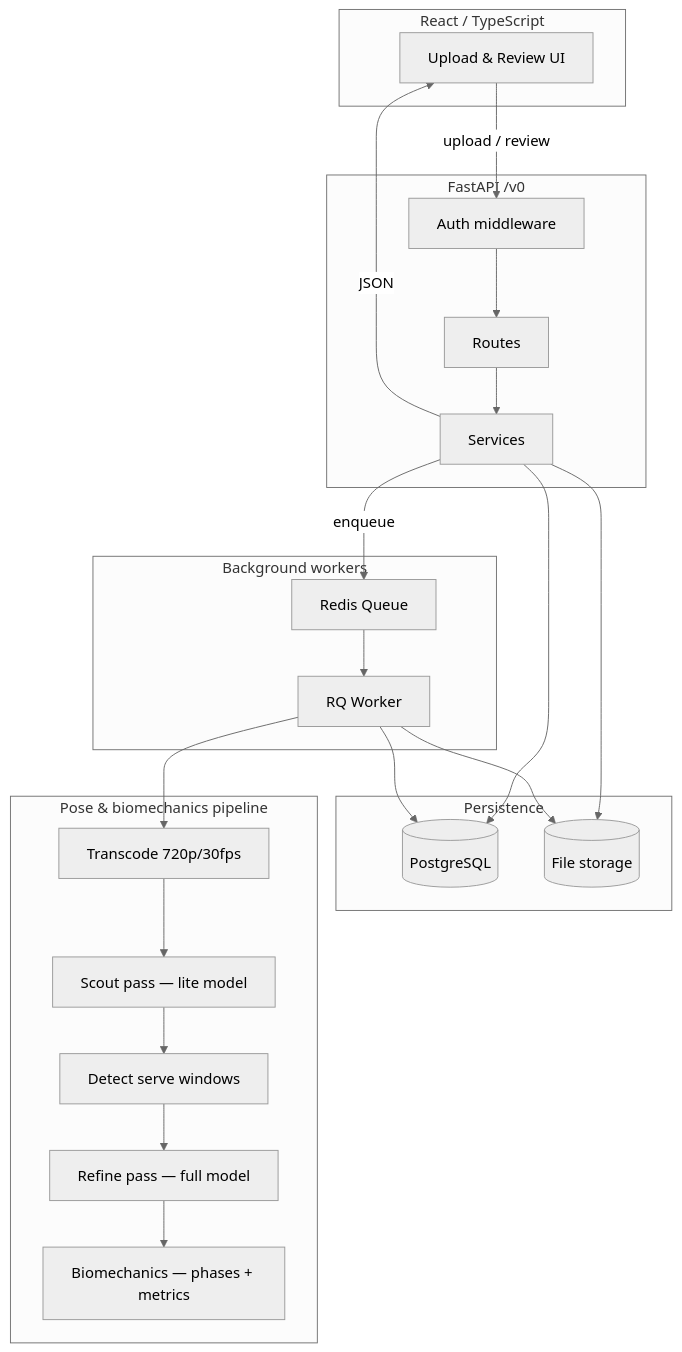
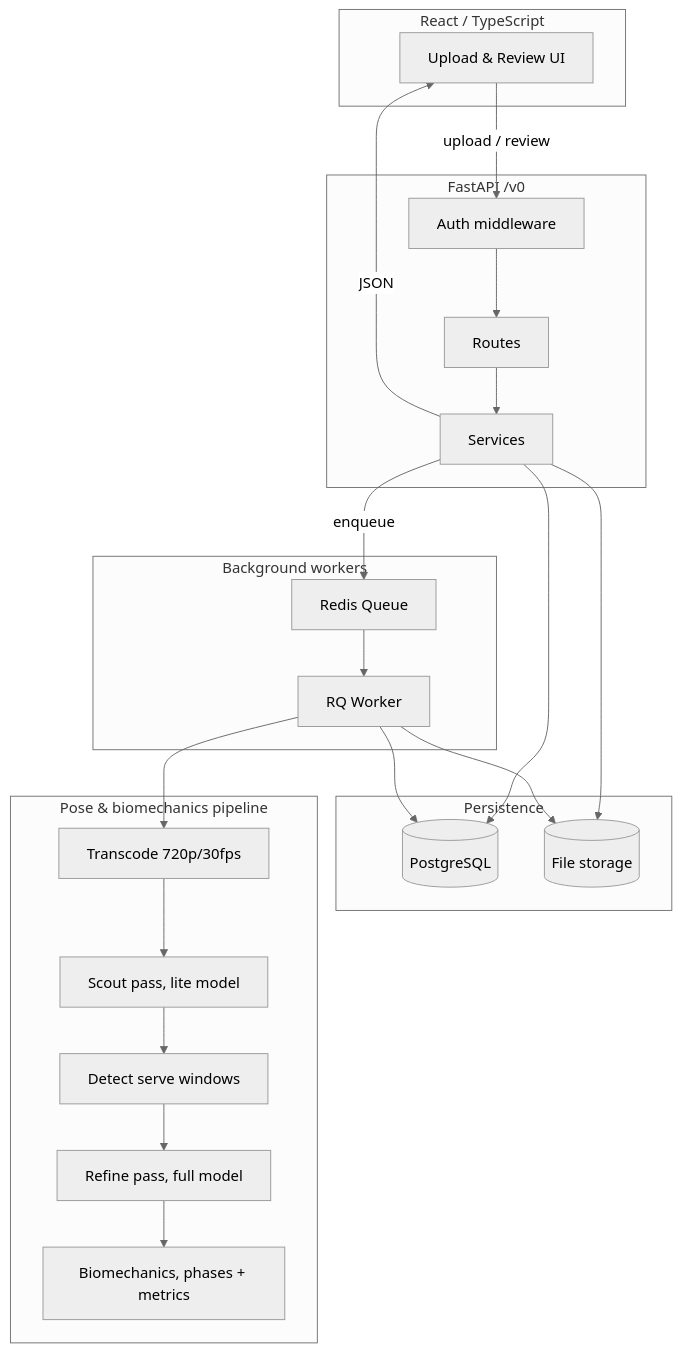
Before and after one commit to aseda-sam/tennis_coach_app: the diagram in README.md, drawn with Mermaid (neutral theme). The commit also changed other lines of this file, not shown here.

Commit message:
Refine README for clarity and consistency. Update phrasing for features, design principles, and project status. Improve readability by adjusting sentence structures and punctuation.

````diff
--- a/README.md
+++ b/README.md
@@ -71,41 +71,41 @@
 ```mermaid
 flowchart TD
   subgraph CLIENT ["React / TypeScript"]
     UI[Upload & Review UI]
   end
 
   subgraph API ["FastAPI /v0"]
     AUTH[Auth middleware]
     ROUTES[Routes]
     SERVICES[Services]
   end
 
   subgraph BACKGROUND ["Background workers"]
     RQ[Redis Queue]
     WORKER[RQ Worker]
   end
 
   subgraph STORAGE ["Persistence"]
     DB[(PostgreSQL)]
     FILES[(File storage)]
   end
 
   subgraph PIPELINE ["Pose & biomechanics pipeline"]
     TRANSCODE[Transcode 720p/30fps]
-    SCOUT[Scout pass — lite model]
+    SCOUT[Scout pass, lite model]
     DETECT[Detect serve windows]
-    REFINE[Refine pass — full model]
-    ANALYZE[Biomechanics — phases + metrics]
+    REFINE[Refine pass, full model]
+    ANALYZE[Biomechanics, phases + metrics]
   end
 
   UI -->|upload / review| AUTH
   AUTH --> ROUTES --> SERVICES
   SERVICES --> DB
   SERVICES --> FILES
   SERVICES -->|enqueue| RQ --> WORKER
   WORKER --> TRANSCODE --> SCOUT
   SCOUT --> DETECT --> REFINE --> ANALYZE
   WORKER --> DB
   WORKER --> FILES
   SERVICES -->|JSON| UI
 ```
````
